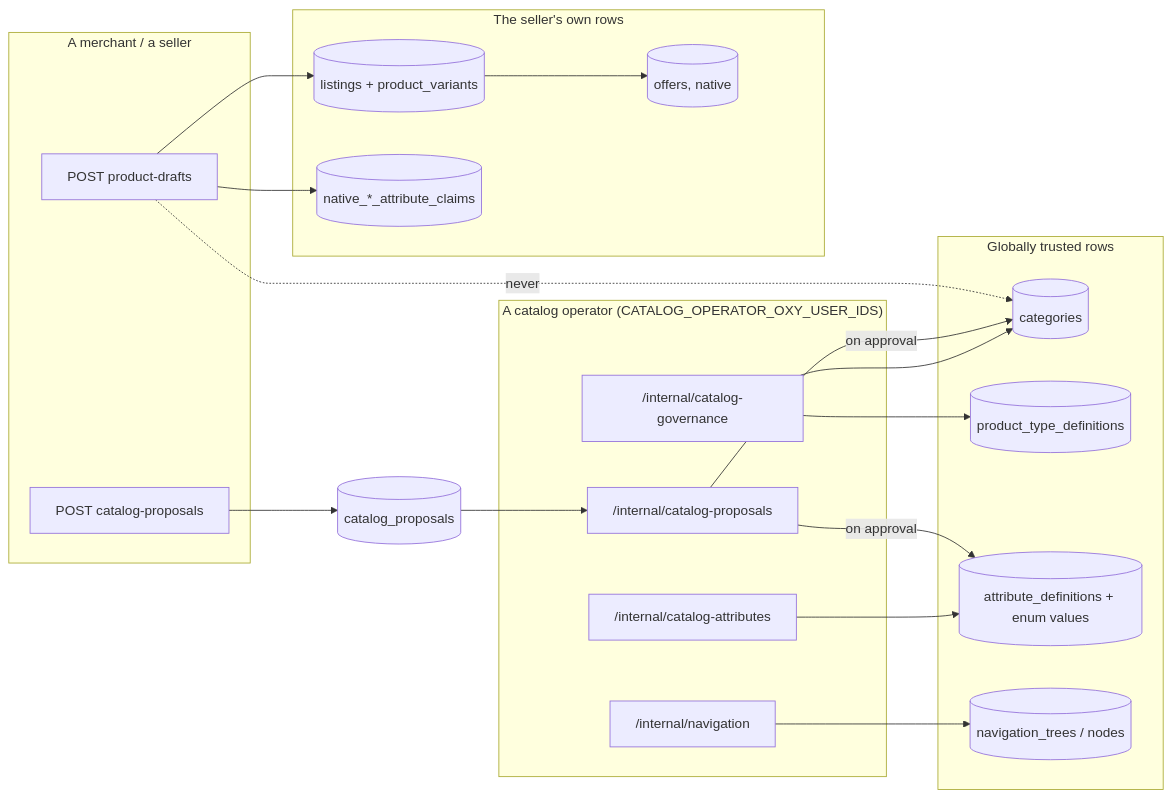
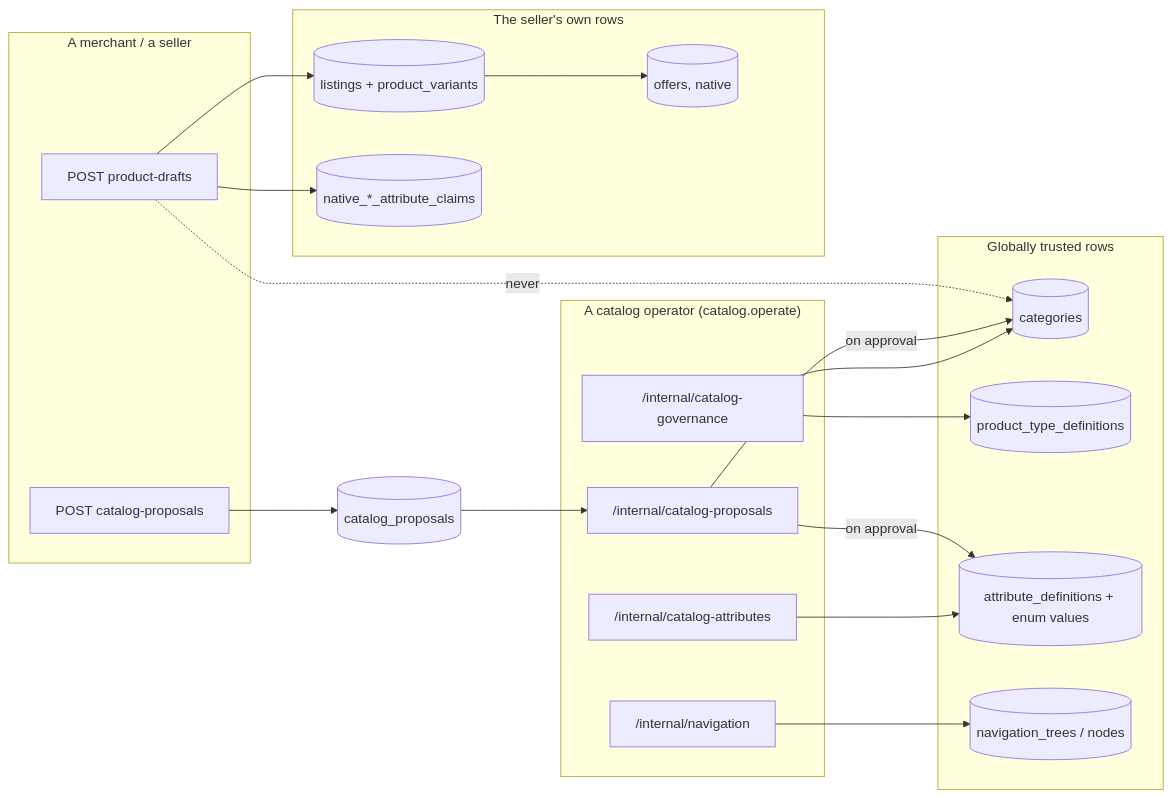
Before and after one commit to OxyHQ/Mercaria: the second of 2 diagrams in docs/catalog-glossary.md, drawn with Mermaid. The commit also changed 336 other files, not shown here.

First line of the commit message:
chore(backend): canonical Oxy access on @oxy.so/core 7.18 (operator app roles, after oxy#2126 + seed) (#1174)

````diff
--- a/docs/catalog-glossary.md
+++ b/docs/catalog-glossary.md
@@ -180,37 +180,37 @@
 ```mermaid
 flowchart LR
     subgraph merchant["A merchant / a seller"]
         M1[POST product-drafts]
         M2[POST catalog-proposals]
     end
-    subgraph operator["A catalog operator (CATALOG_OPERATOR_OXY_USER_IDS)"]
+    subgraph operator["A catalog operator (catalog.operate)"]
         O1["/internal/catalog-governance"]
         O2["/internal/catalog-proposals"]
         O3["/internal/navigation"]
         O4["/internal/catalog-attributes"]
     end
     subgraph owned["Globally trusted rows"]
         C[(categories)]
         PT[(product_type_definitions)]
         AD[(attribute_definitions + enum values)]
         NAV[(navigation_trees / nodes)]
     end
     subgraph seller_owned["The seller's own rows"]
         L[(listings + product_variants)]
         CL[(native_*_attribute_claims)]
         OF[(offers, native)]
     end
 
     M1 --> L
     M1 --> CL
     M1 -. "never" .-> C
     M2 --> P[(catalog_proposals)]
     P --> O2
     O2 -- "on approval" --> C
     O2 -- "on approval" --> AD
     O1 --> C
     O1 --> PT
     O3 --> NAV
     O4 --> AD
     L --> OF
 ```
````
